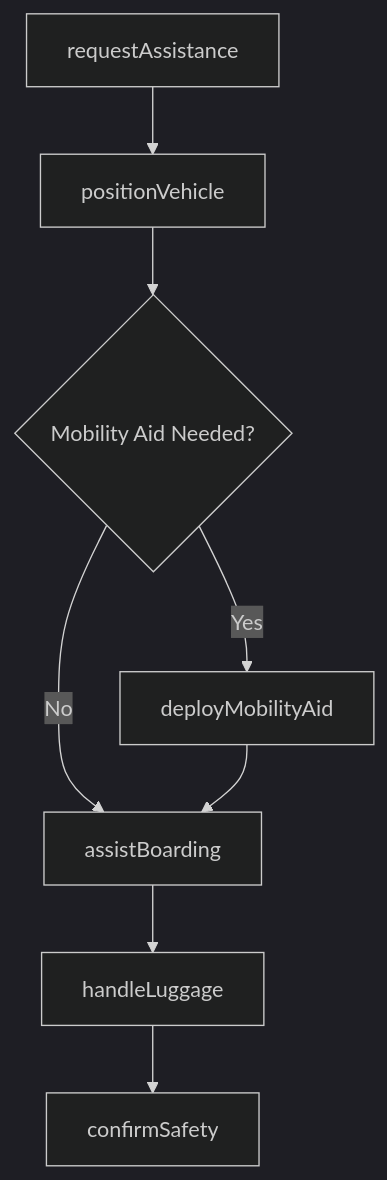
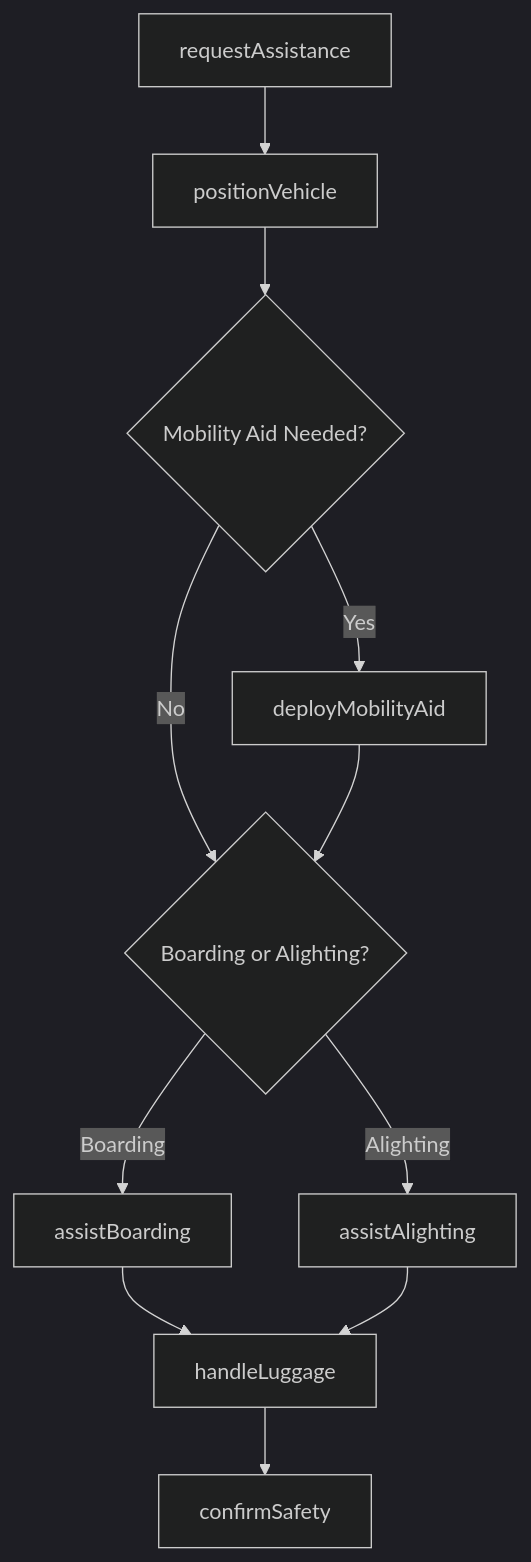
One commit to dot-org-ai/tasks.org.ai changed the third of 4 diagrams in AssistingAndCaringForOthers/ProvideGeneralAssistanceToOthersSuchAsCustomersPatronsOrMotorists/AssistPatronsEnteringExitingVehicles.mdx. Above: the diagram before and after it, drawn with Mermaid (dark theme). The commit also changed other lines of this file and 504 other files, not shown here.

First line of the commit message:
feat: Add ER diagrams, state diagrams, and workflow improvements to 96 DWA task files

````diff
--- a/AssistingAndCaringForOthers/ProvideGeneralAssistanceToOthersSuchAsCustomersPatronsOrMotorists/AssistPatronsEnteringExitingVehicles.mdx
+++ b/AssistingAndCaringForOthers/ProvideGeneralAssistanceToOthersSuchAsCustomersPatronsOrMotorists/AssistPatronsEnteringExitingVehicles.mdx
@@ -85,10 +114,13 @@
 ```mermaid
 graph TD
     A[requestAssistance] --> B[positionVehicle]
     B --> C{Mobility Aid Needed?}
     C -->|Yes| D[deployMobilityAid]
-    C -->|No| E[assistBoarding]
+    C -->|No| E{Boarding or Alighting?}
     D --> E
-    E --> F[handleLuggage]
-    F --> G[confirmSafety]
+    E -->|Boarding| F[assistBoarding]
+    E -->|Alighting| G[assistAlighting]
+    F --> H[handleLuggage]
+    G --> H
+    H --> I[confirmSafety]
 ```
````
